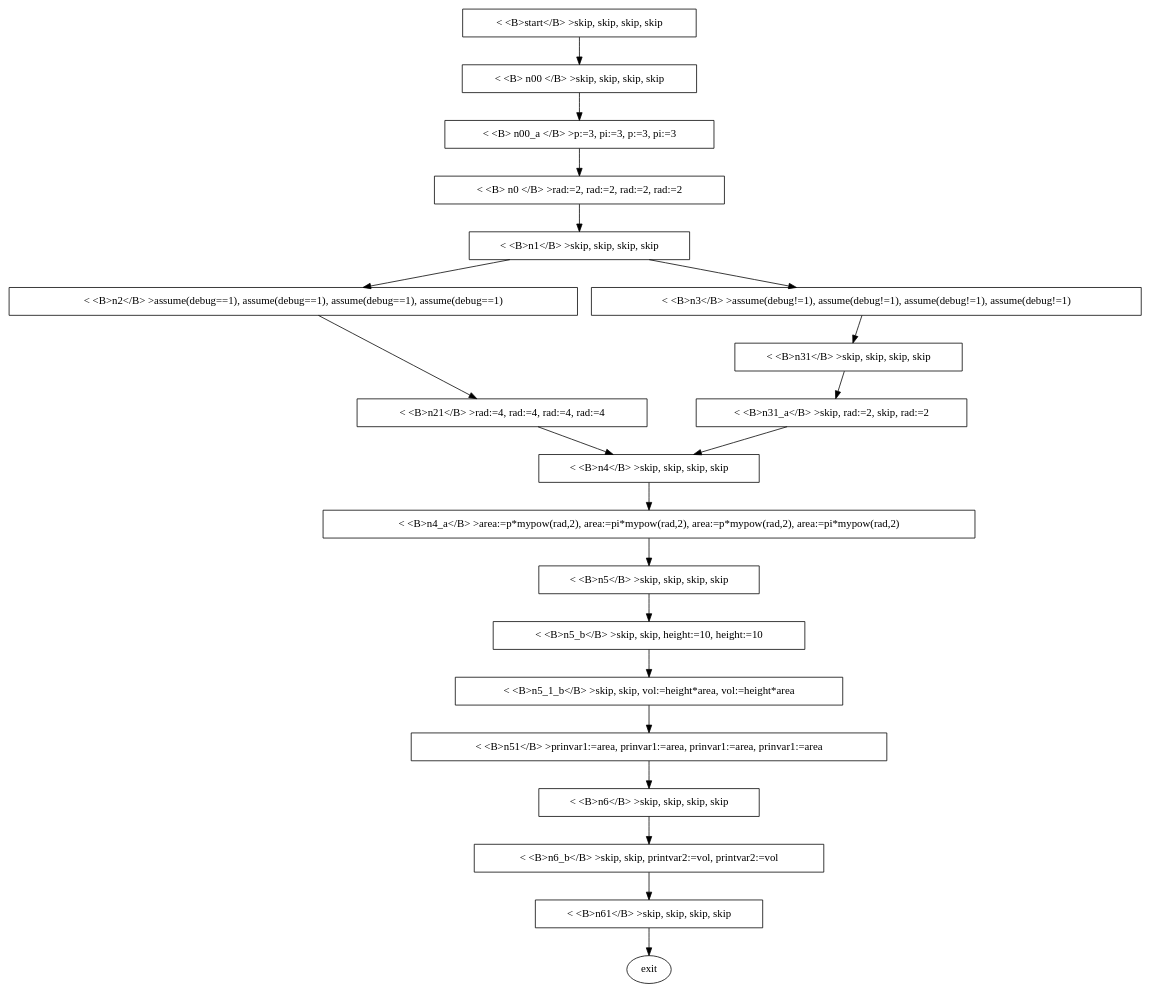
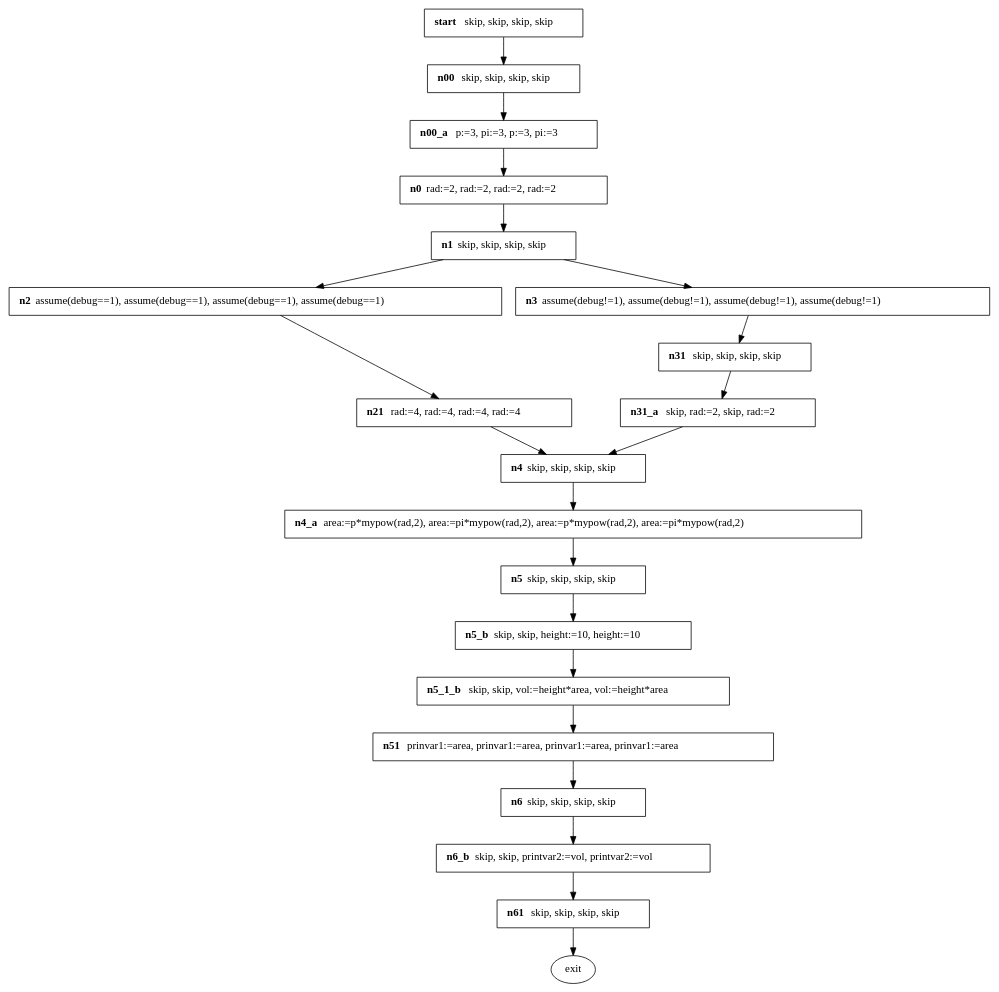
One commit to marcelosousa/safemerge changed the diagram in examples/reps/ex1/t.dot. Above: the diagram before and after it, drawn with Graphviz. The commit also changed 2 other files, not shown here.

```diff
--- a/examples/reps/ex1/t.dot
+++ b/examples/reps/ex1/t.dot
@@ -1,41 +1,41 @@
 digraph product {
-n0 [label="< <B> n0 </B> >rad:=2, rad:=2, rad:=2, rad:=2", shape=box]
+n0 [label=< <B>n0</B>rad:=2, rad:=2, rad:=2, rad:=2>, shape=box]
 n0 -> n1
-n00 [label="< <B> n00 </B> >skip, skip, skip, skip", shape=box]
+n00 [label=< <B>n00</B>skip, skip, skip, skip>, shape=box]
 n00 -> n00_a
-n00_a [label="< <B> n00_a </B> >p:=3, pi:=3, p:=3, pi:=3", shape=box]
+n00_a [label=< <B>n00_a</B>p:=3, pi:=3, p:=3, pi:=3>, shape=box]
 n00_a -> n0
-n1 [label="< <B>n1</B> >skip, skip, skip, skip", shape=box]
+n1 [label=< <B>n1</B>skip, skip, skip, skip>, shape=box]
 n1 -> n2
 n1 -> n3
-n2 [label="< <B>n2</B> >assume(debug==1), assume(debug==1), assume(debug==1), assume(debug==1)", shape=box]
+n2 [label=< <B>n2</B>assume(debug==1), assume(debug==1), assume(debug==1), assume(debug==1)>, shape=box]
 n2 -> n21
-n21 [label="< <B>n21</B> >rad:=4, rad:=4, rad:=4, rad:=4", shape=box]
+n21 [label=< <B>n21</B>rad:=4, rad:=4, rad:=4, rad:=4>, shape=box]
 n21 -> n4
-n3 [label="< <B>n3</B> >assume(debug!=1), assume(debug!=1), assume(debug!=1), assume(debug!=1)", shape=box]
+n3 [label=< <B>n3</B>assume(debug!=1), assume(debug!=1), assume(debug!=1), assume(debug!=1)>, shape=box]
 n3 -> n31
-n31 [label="< <B>n31</B> >skip, skip, skip, skip", shape=box]
+n31 [label=< <B>n31</B>skip, skip, skip, skip>, shape=box]
 n31 -> n31_a
-n31_a [label="< <B>n31_a</B> >skip, rad:=2, skip, rad:=2", shape=box]
+n31_a [label=< <B>n31_a</B>skip, rad:=2, skip, rad:=2>, shape=box]
 n31_a -> n4
-n4 [label="< <B>n4</B> >skip, skip, skip, skip", shape=box]
+n4 [label=< <B>n4</B>skip, skip, skip, skip>, shape=box]
 n4 -> n4_a
-n4_a [label="< <B>n4_a</B> >area:=p*mypow(rad,2), area:=pi*mypow(rad,2), area:=p*mypow(rad,2), area:=pi*mypow(rad,2)", shape=box]
+n4_a [label=< <B>n4_a</B>area:=p*mypow(rad,2), area:=pi*mypow(rad,2), area:=p*mypow(rad,2), area:=pi*mypow(rad,2)>, shape=box]
 n4_a -> n5
-n5 [label="< <B>n5</B> >skip, skip, skip, skip", shape=box]
+n5 [label=< <B>n5</B>skip, skip, skip, skip>, shape=box]
 n5 -> n5_b
-n51 [label="< <B>n51</B> >prinvar1:=area, prinvar1:=area, prinvar1:=area, prinvar1:=area", shape=box]
+n51 [label=< <B>n51</B>prinvar1:=area, prinvar1:=area, prinvar1:=area, prinvar1:=area>, shape=box]
 n51 -> n6
-n5_1_b [label="< <B>n5_1_b</B> >skip, skip, vol:=height*area, vol:=height*area", shape=box]
+n5_1_b [label=< <B>n5_1_b</B>skip, skip, vol:=height*area, vol:=height*area>, shape=box]
 n5_1_b -> n51
-n5_b [label="< <B>n5_b</B> >skip, skip, height:=10, height:=10", shape=box]
+n5_b [label=< <B>n5_b</B>skip, skip, height:=10, height:=10>, shape=box]
 n5_b -> n5_1_b
-n6 [label="< <B>n6</B> >skip, skip, skip, skip", shape=box]
+n6 [label=< <B>n6</B>skip, skip, skip, skip>, shape=box]
 n6 -> n6_b
-n61 [label="< <B>n61</B> >skip, skip, skip, skip", shape=box]
+n61 [label=< <B>n61</B>skip, skip, skip, skip>, shape=box]
 n61 -> exit
-n6_b [label="< <B>n6_b</B> >skip, skip, printvar2:=vol, printvar2:=vol", shape=box]
+n6_b [label=< <B>n6_b</B>skip, skip, printvar2:=vol, printvar2:=vol>, shape=box]
 n6_b -> n61
-start [label="< <B>start</B> >skip, skip, skip, skip", shape=box]
+start [label=< <B>start</B>skip, skip, skip, skip>, shape=box]
 start -> n00
 }
```
